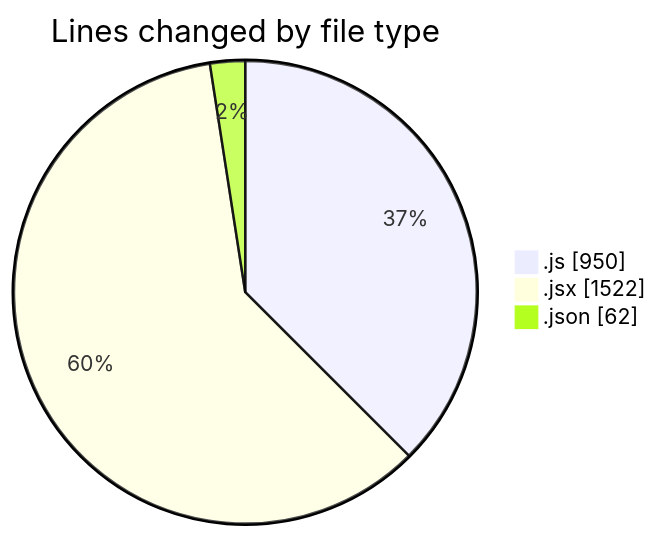
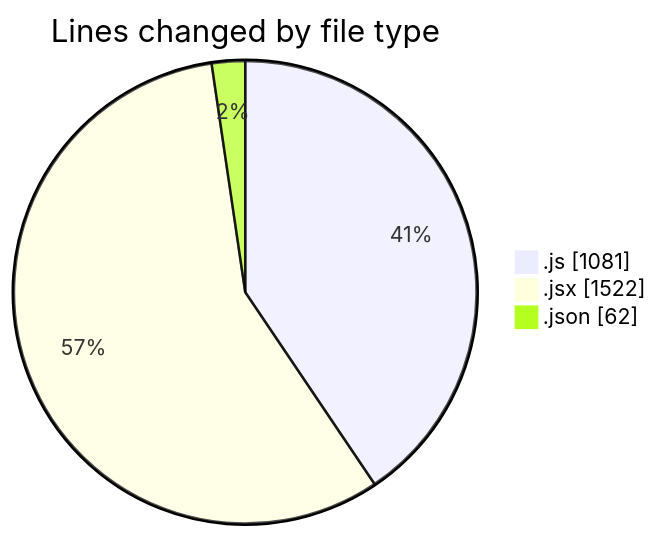
The first of 2 diagrams in 2025-08-07/nxtqube_webapp/README.md (nxtqubesakshisongat/code-tracking), drawn with Mermaid before and after one commit. The commit also changed other lines of this file and 1 other file, not shown here.

````diff
--- a/2025-08-07/nxtqube_webapp/README.md
+++ b/2025-08-07/nxtqube_webapp/README.md
@@ -25,7 +25,7 @@
 ```mermaid
 pie showData
 title Lines changed by file type
-".js" : 950
+".js" : 1081
 ".jsx" : 1522
 ".json" : 62
 ```
````
